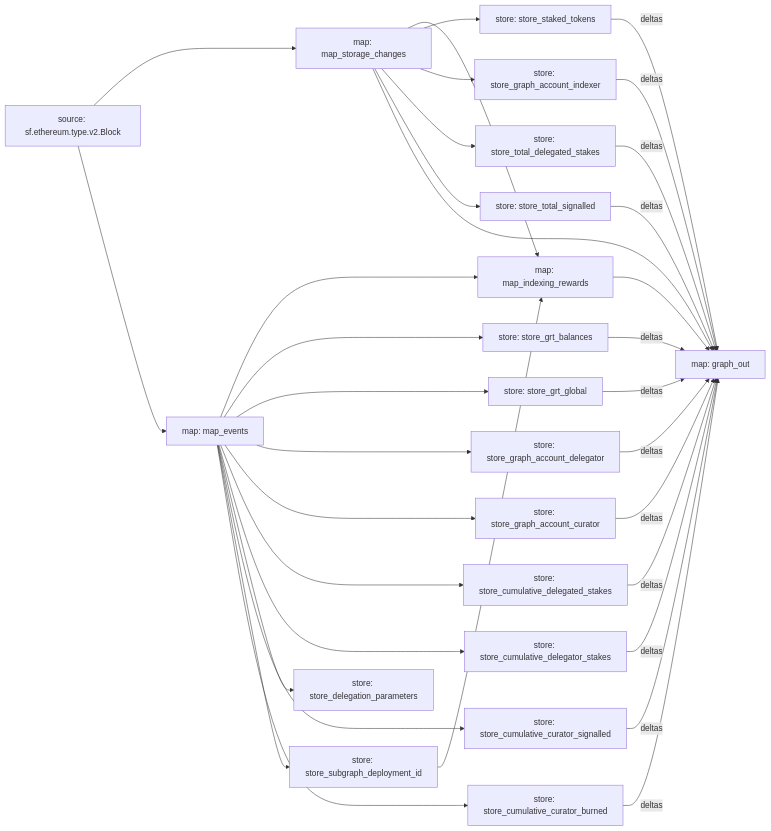
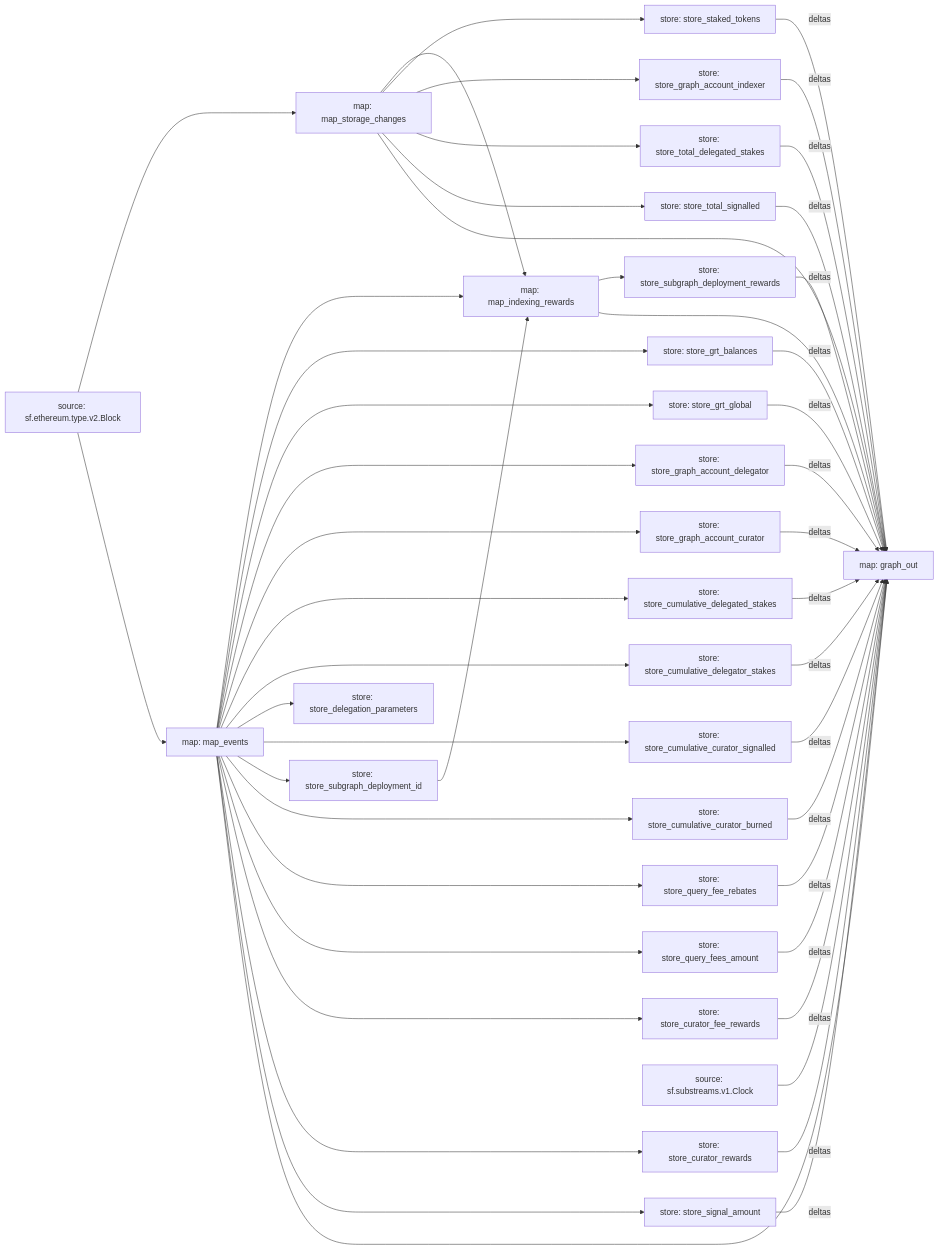
Before and after one commit to graphops/graph-network-substreams: the diagram in README.md, drawn with Mermaid. The commit also changed 13 other files, not shown here.

First line of the commit message:
feat: graph network (partial) paused field added (#56)

````diff
--- a/README.md
+++ b/README.md
@@ -24,54 +24,74 @@
 ```mermaid
 graph LR;
   map_storage_changes[map: map_storage_changes];
   sf.ethereum.type.v2.Block[source: sf.ethereum.type.v2.Block] --> map_storage_changes;
   map_events[map: map_events];
   sf.ethereum.type.v2.Block[source: sf.ethereum.type.v2.Block] --> map_events;
   map_indexing_rewards[map: map_indexing_rewards];
   map_storage_changes --> map_indexing_rewards;
   map_events --> map_indexing_rewards;
   store_subgraph_deployment_id --> map_indexing_rewards;
   store_grt_balances[store: store_grt_balances];
   map_events --> store_grt_balances;
   store_grt_global[store: store_grt_global];
   map_events --> store_grt_global;
   store_staked_tokens[store: store_staked_tokens];
   map_storage_changes --> store_staked_tokens;
   store_graph_account_indexer[store: store_graph_account_indexer];
   map_storage_changes --> store_graph_account_indexer;
   store_graph_account_delegator[store: store_graph_account_delegator];
   map_events --> store_graph_account_delegator;
   store_graph_account_curator[store: store_graph_account_curator];
   map_events --> store_graph_account_curator;
   store_cumulative_delegated_stakes[store: store_cumulative_delegated_stakes];
   map_events --> store_cumulative_delegated_stakes;
   store_cumulative_delegator_stakes[store: store_cumulative_delegator_stakes];
   map_events --> store_cumulative_delegator_stakes;
   store_total_delegated_stakes[store: store_total_delegated_stakes];
   map_storage_changes --> store_total_delegated_stakes;
   store_delegation_parameters[store: store_delegation_parameters];
   map_events --> store_delegation_parameters;
   store_total_signalled[store: store_total_signalled];
   map_storage_changes --> store_total_signalled;
   store_cumulative_curator_signalled[store: store_cumulative_curator_signalled];
   map_events --> store_cumulative_curator_signalled;
   store_subgraph_deployment_id[store: store_subgraph_deployment_id];
   map_events --> store_subgraph_deployment_id;
   store_cumulative_curator_burned[store: store_cumulative_curator_burned];
   map_events --> store_cumulative_curator_burned;
+  store_query_fee_rebates[store: store_query_fee_rebates];
+  map_events --> store_query_fee_rebates;
+  store_query_fees_amount[store: store_query_fees_amount];
+  map_events --> store_query_fees_amount;
+  store_curator_fee_rewards[store: store_curator_fee_rewards];
+  map_events --> store_curator_fee_rewards;
+  store_curator_rewards[store: store_curator_rewards];
+  map_events --> store_curator_rewards;
+  store_signal_amount[store: store_signal_amount];
+  map_events --> store_signal_amount;
+  store_subgraph_deployment_rewards[store: store_subgraph_deployment_rewards];
+  map_indexing_rewards --> store_subgraph_deployment_rewards;
   graph_out[map: graph_out];
+  sf.substreams.v1.Clock[source: sf.substreams.v1.Clock] --> graph_out;
+  map_events --> graph_out;
   store_grt_global -- deltas --> graph_out;
   store_grt_balances -- deltas --> graph_out;
   store_graph_account_indexer -- deltas --> graph_out;
   store_graph_account_delegator -- deltas --> graph_out;
   store_graph_account_curator -- deltas --> graph_out;
   map_storage_changes --> graph_out;
   store_staked_tokens -- deltas --> graph_out;
   store_cumulative_delegated_stakes -- deltas --> graph_out;
   store_cumulative_delegator_stakes -- deltas --> graph_out;
   store_total_delegated_stakes -- deltas --> graph_out;
   store_cumulative_curator_signalled -- deltas --> graph_out;
   store_cumulative_curator_burned -- deltas --> graph_out;
   store_total_signalled -- deltas --> graph_out;
+  store_query_fee_rebates -- deltas --> graph_out;
+  store_query_fees_amount -- deltas --> graph_out;
+  store_curator_fee_rewards -- deltas --> graph_out;
+  store_curator_rewards -- deltas --> graph_out;
+  store_signal_amount -- deltas --> graph_out;
+  store_subgraph_deployment_rewards -- deltas --> graph_out;
   map_indexing_rewards --> graph_out;
 ```
````
